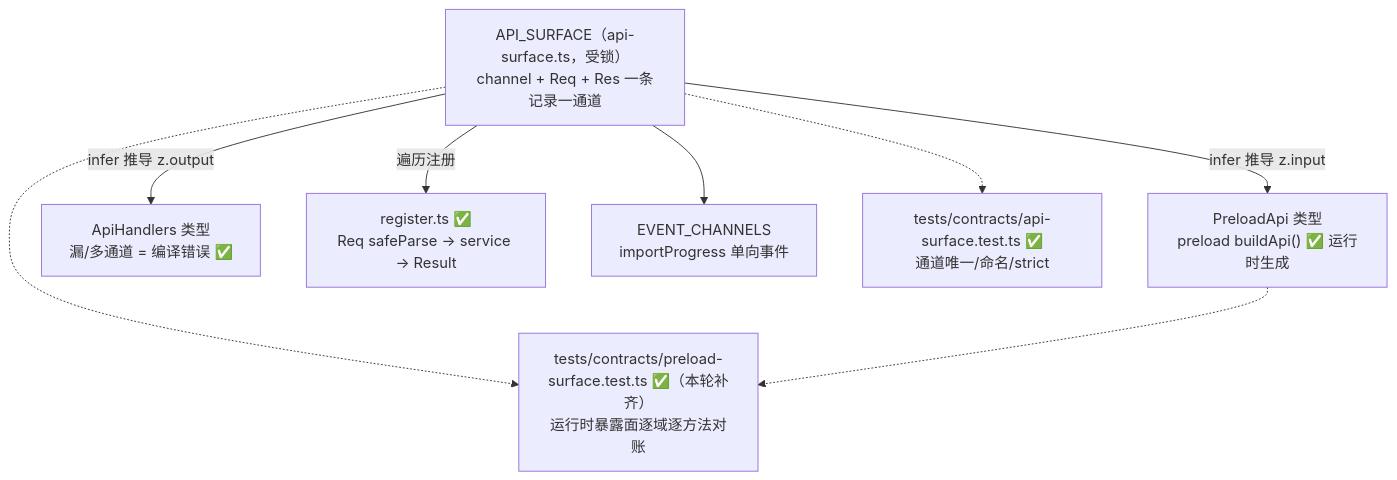
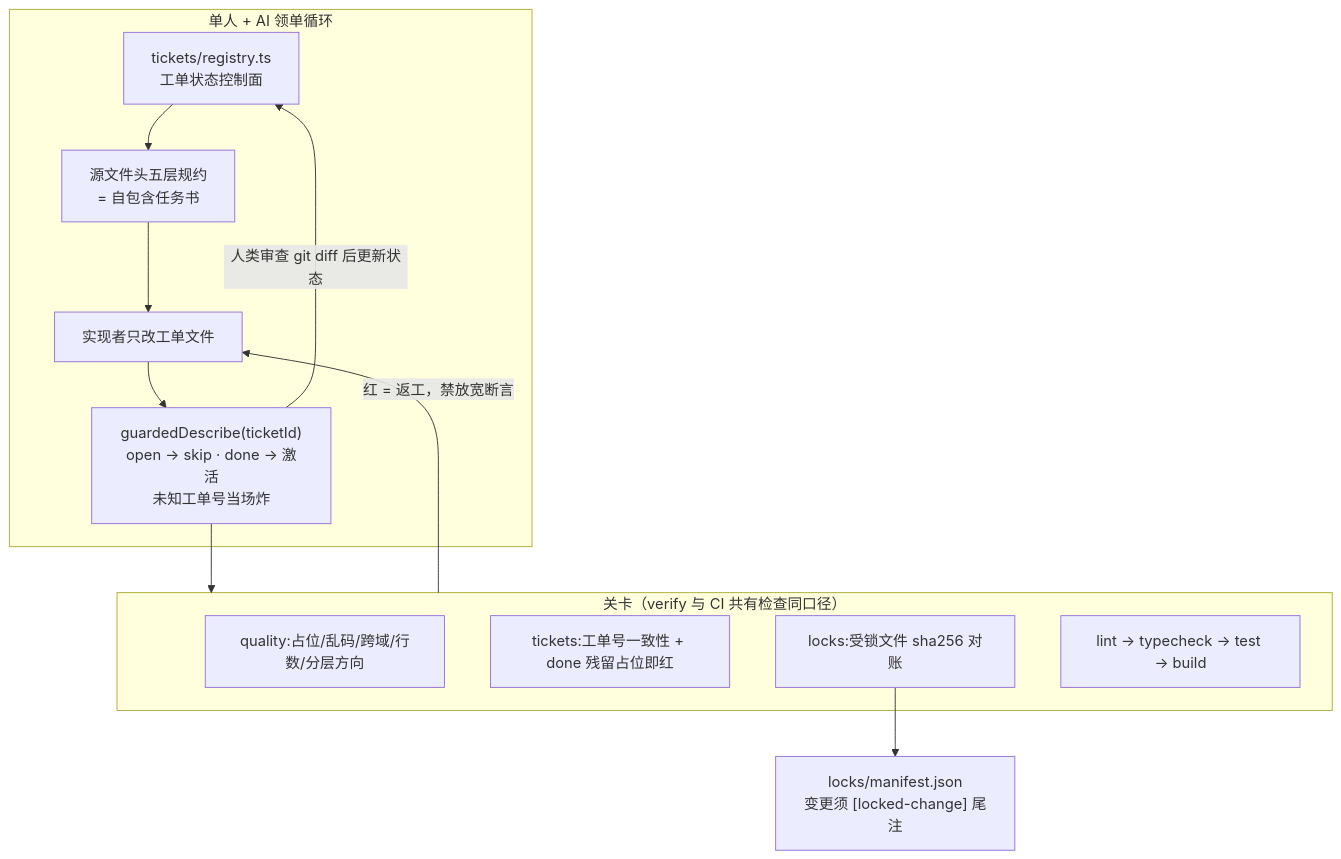
One commit to yyx20040712/Synapse changed the fifth of 6 diagrams in docs/architecture.md. Above: the diagram before and after it, drawn with Mermaid. The commit also changed other lines of this file, not shown here.

````diff
--- a/docs/architecture.md
+++ b/docs/architecture.md
@@ -349,12 +306,20 @@
 ```mermaid
 flowchart TB
-  SRC["API_SURFACE（api-surface.ts，受锁）<br/>channel + Req + Res 一条记录一通道"]
-  SRC -->|"infer 推导 z.input"| PA["PreloadApi 类型<br/>preload buildApi() ✅ 运行时生成"]
-  SRC -->|"infer 推导 z.output"| AH["ApiHandlers 类型<br/>漏/多通道 = 编译错误 ✅"]
-  SRC -->|"遍历注册"| RG["register.ts ✅<br/>Req safeParse → service → Result"]
-  SRC --> EV["EVENT_CHANNELS<br/>importProgress 单向事件"]
-  T1["tests/contracts/api-surface.test.ts ✅<br/>通道唯一/命名/strict"]
-  T2["tests/contracts/preload-surface.test.ts ✅（本轮补齐）<br/>运行时暴露面逐域逐方法对账"]
-  SRC -.-> T1 & T2
-  PA -.-> T2
+  subgraph LOOP["单人 + AI 领单循环"]
+    RG2["tickets/registry.ts<br/>工单状态控制面"]
+    SPEC["源文件头五层规约<br/>= 自包含任务书"]
+    IMPL["实现者只改工单文件"]
+    GD["guardedDescribe(ticketId)<br/>open → skip · done → 激活<br/>未知工单号当场炸"]
+    RG2 --> SPEC --> IMPL --> GD
+    GD -->|"人类审查 git diff 后更新状态"| RG2
+  end
+  subgraph GATES["关卡（verify 与 CI 共有检查同口径）"]
+    Q["quality:占位/乱码/跨域/行数/分层方向"]
+    T["tickets:工单号一致性 + done 残留占位即红"]
+    LK["locks:受锁文件 sha256 对账"]
+    V["lint → typecheck → test → build"]
+  end
+  GD --> GATES
+  GATES -->|"红 = 返工，禁放宽断言"| IMPL
+  LK --> MANIFEST["locks/manifest.json<br/>变更须 [locked-change] 尾注"]
 ```
````
